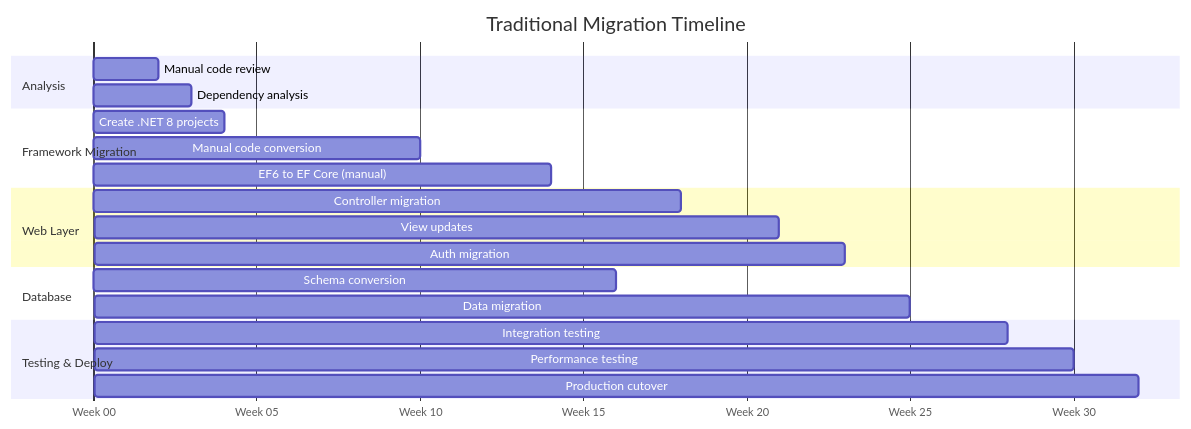
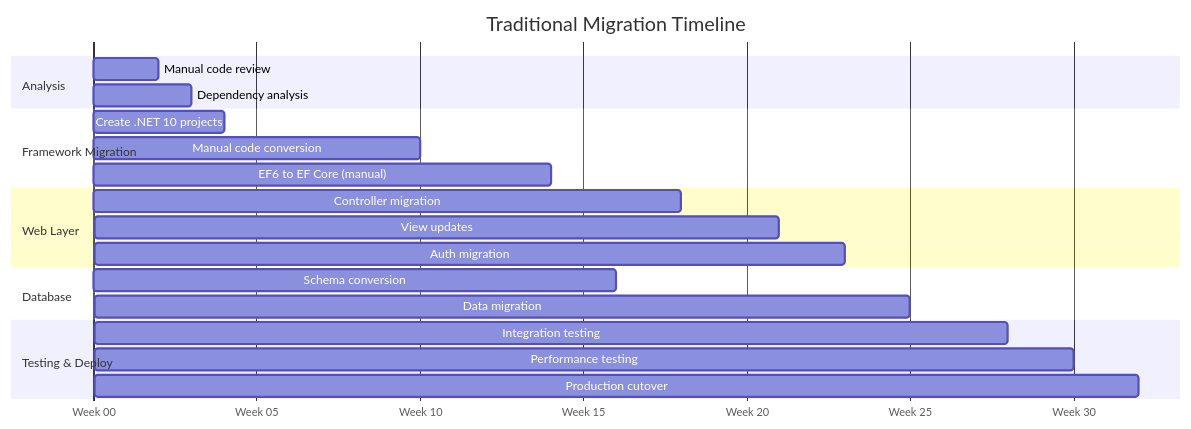
Before and after one commit to davidcslau/enterprise-modernization-analyzer: the fifth of 7 diagrams in steering/report-structure.md, drawn with Mermaid. The commit also changed other lines of this file and 5 other files, not shown here.

````diff
--- a/steering/report-structure.md
+++ b/steering/report-structure.md
@@ -446,30 +446,30 @@
 ```mermaid
 gantt
     title Traditional Migration Timeline
     dateFormat X
     axisFormat Week %S
     tickInterval 2
     
     section Analysis
     Manual code review           :a1, 0, 2
     Dependency analysis          :a2, 2, 3
     
     section Framework Migration
-    Create .NET 8 projects       :b1, 3, 4
+    Create .NET 10 projects      :b1, 3, 4
     Manual code conversion       :b2, 4, 10
     EF6 to EF Core (manual)      :b3, 10, 14
     
     section Web Layer
     Controller migration         :c1, 14, 18
     View updates                 :c2, 18, 21
     Auth migration               :c3, 21, 23
     
     section Database
     Schema conversion            :d1, 14, 16
     Data migration               :d2, 23, 25
     
     section Testing & Deploy
     Integration testing          :e1, 25, 28
     Performance testing          :e2, 28, 30
     Production cutover           :e3, 30, 32
 ```
````
